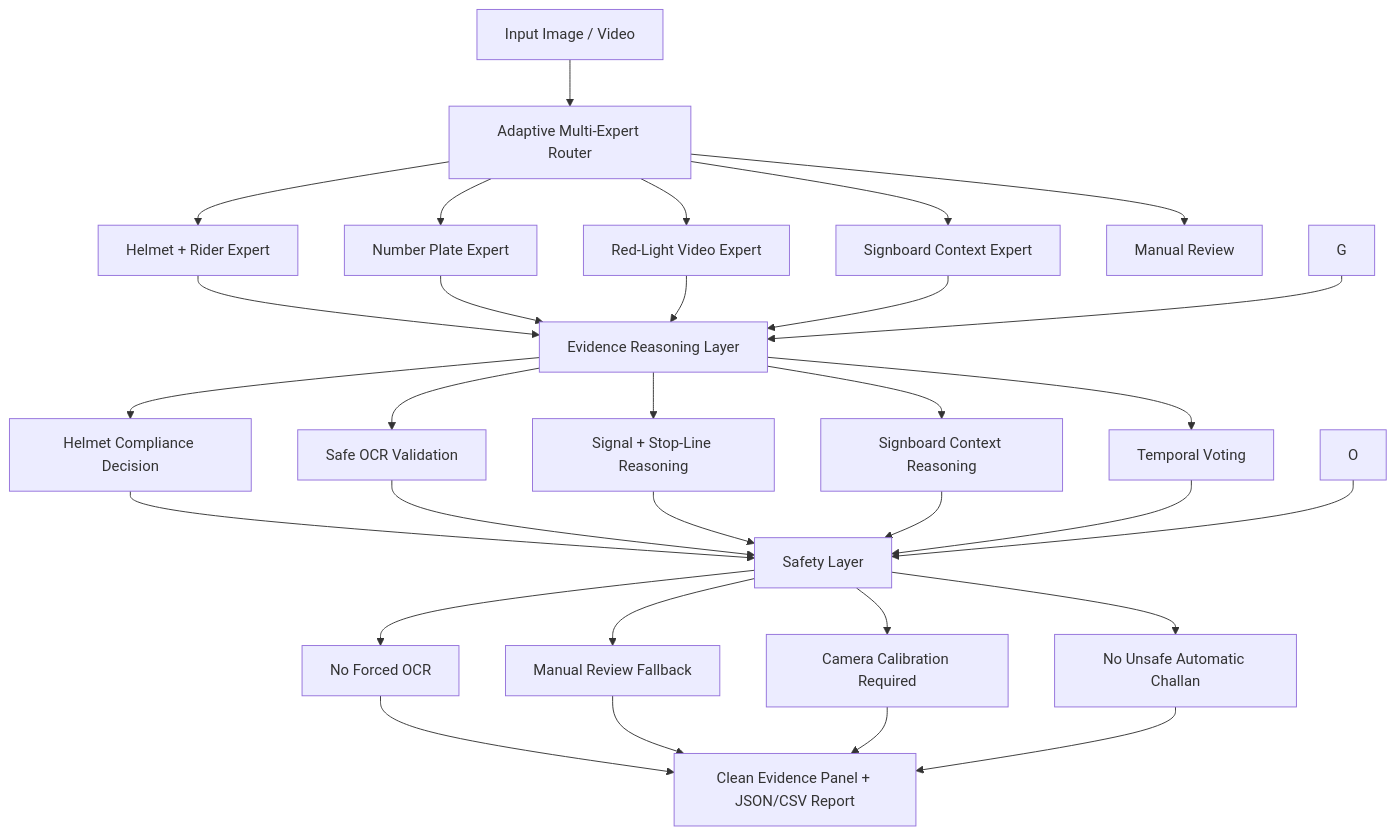
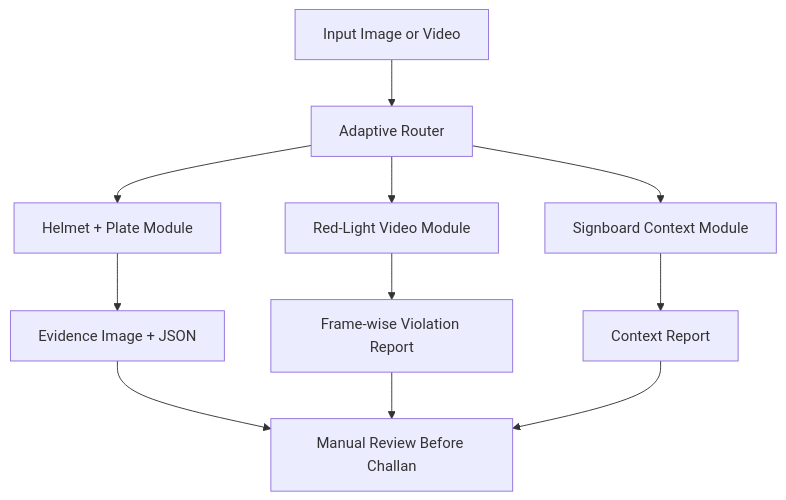
One commit to Hrithikcrick/ViolationIQ changed the diagram in architecture/architecture_mermaid.md. Above: the diagram before and after it, drawn with Mermaid. The commit also changed other lines of this file and 14 other files, not shown here.

````diff
--- a/architecture/architecture_mermaid.md
+++ b/architecture/architecture_mermaid.md
@@ -3,39 +3,13 @@
 ```mermaid
 flowchart TD
-    A[Input Image / Video] --> B[Adaptive Multi-Expert Router]
-
-    B --> C[Helmet + Rider Expert]
-    B --> D[Number Plate Expert]
-    B --> E[Red-Light Video Expert]
-    B --> F[Signboard Context Expert]
-    B --> H[Manual Review]
-
-    C --> I[Evidence Reasoning Layer]
-    D --> I
-    E --> I
-    F --> I
+    A[Input Image or Video] --> B[Adaptive Router]
+    B --> C[Helmet + Plate Module]
+    B --> D[Red-Light Video Module]
+    B --> E[Signboard Context Module]
+    C --> F[Evidence Image + JSON]
+    D --> G[Frame-wise Violation Report]
+    E --> H[Context Report]
+    F --> I[Manual Review Before Challan]
     G --> I
-
-    I --> J[Helmet Compliance Decision]
-    I --> K[Safe OCR Validation]
-    I --> L[Signal + Stop-Line Reasoning]
-    I --> M[Signboard Context Reasoning]
-    I --> N[Temporal Voting]
-
-    J --> P[Safety Layer]
-    K --> P
-    L --> P
-    M --> P
-    N --> P
-    O --> P
-
-    P --> Q[No Forced OCR]
-    P --> R[Manual Review Fallback]
-    P --> S[Camera Calibration Required]
-    P --> T[No Unsafe Automatic Challan]
-
-    Q --> U[Clean Evidence Panel + JSON/CSV Report]
-    R --> U
-    S --> U
-    T --> U
+    H --> I
 ```
````
